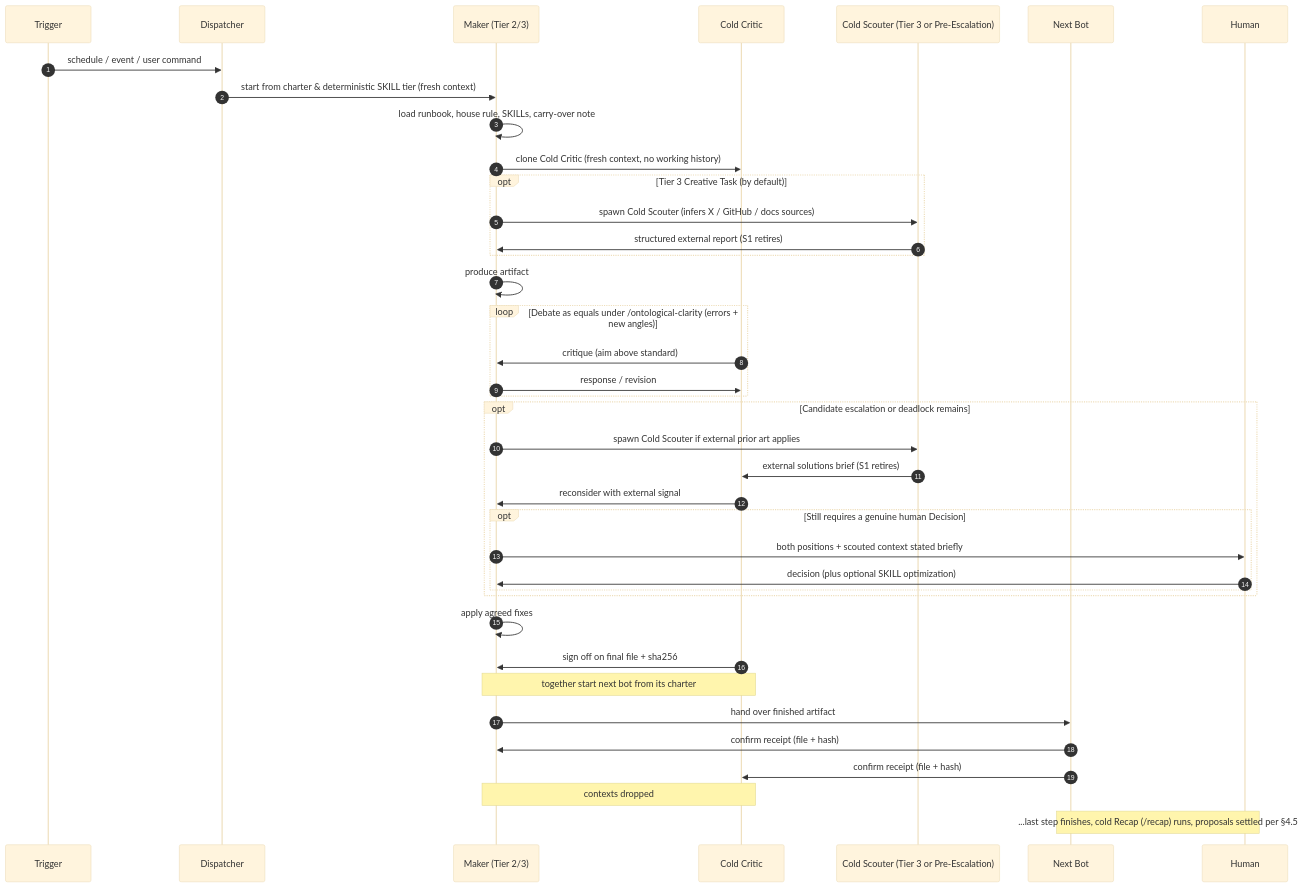
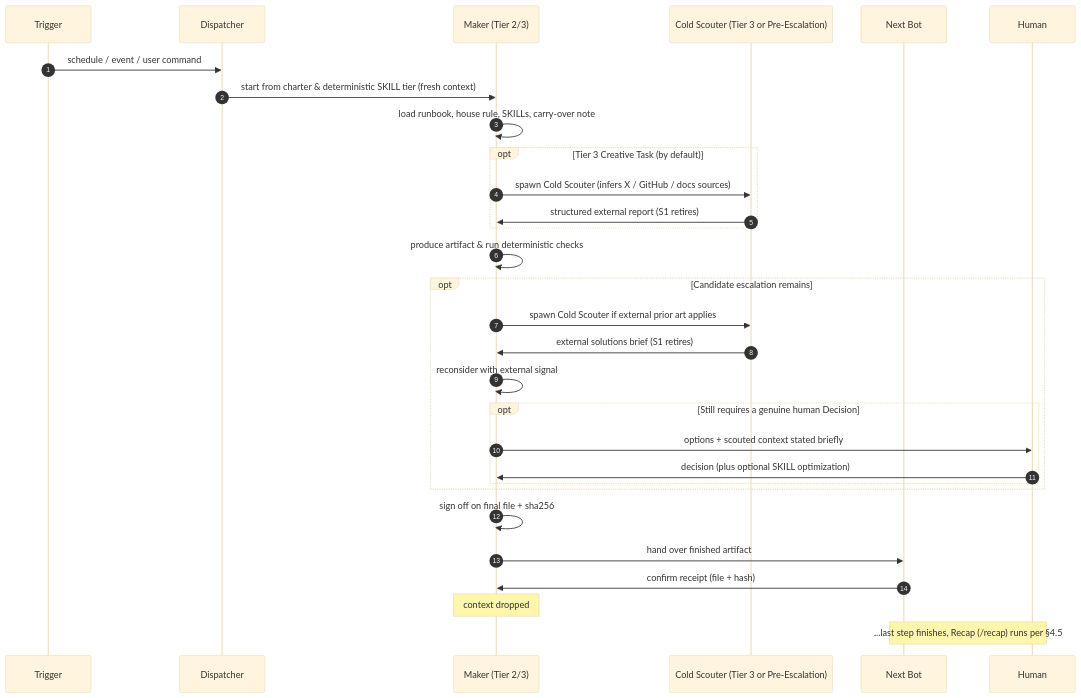
One commit to powerpig99/not-a-toe changed the third of 3 diagrams in docs/wave-refinement-plan.md. Above: the diagram before and after it, drawn with Mermaid (base theme). The commit also changed other lines of this file and 15 other files, not shown here.

Commit message:
Drop cold critics from workflow; run Maker-only pipeline with deterministic gates

````diff
--- a/docs/wave-refinement-plan.md
+++ b/docs/wave-refinement-plan.md
@@ -475,42 +429,33 @@
 ```mermaid
 sequenceDiagram
     autonumber
     participant T as Trigger
     participant D as Dispatcher
     participant M1 as Maker (Tier 2/3)
-    participant C1 as Cold Critic
     participant S1 as Cold Scouter (Tier 3 or Pre-Escalation)
     participant M2 as Next Bot
     participant H as Human
 
     T->>D: schedule / event / user command
     D->>M1: start from charter & deterministic SKILL tier (fresh context)
     M1->>M1: load runbook, house rule, SKILLs, carry-over note
-    M1->>C1: clone Cold Critic (fresh context, no working history)
     opt Tier 3 Creative Task (by default)
         M1->>S1: spawn Cold Scouter (infers X / GitHub / docs sources)
         S1->>M1: structured external report (S1 retires)
     end
-    M1->>M1: produce artifact
-    loop Debate as equals under /ontological-clarity (errors + new angles)
-        C1->>M1: critique (aim above standard)
-        M1->>C1: response / revision
-    end
-    opt Candidate escalation or deadlock remains
+    M1->>M1: produce artifact & run deterministic checks
+    opt Candidate escalation remains
         M1->>S1: spawn Cold Scouter if external prior art applies
-        S1->>C1: external solutions brief (S1 retires)
-        C1->>M1: reconsider with external signal
+        S1->>M1: external solutions brief (S1 retires)
+        M1->>M1: reconsider with external signal
         opt Still requires a genuine human Decision
-            M1->>H: both positions + scouted context stated briefly
+            M1->>H: options + scouted context stated briefly
             H->>M1: decision (plus optional SKILL optimization)
         end
     end
-    M1->>M1: apply agreed fixes
-    C1->>M1: sign off on final file + sha256
-    Note over M1,C1: together start next bot from its charter
+    M1->>M1: sign off on final file + sha256
     M1->>M2: hand over finished artifact
     M2->>M1: confirm receipt (file + hash)
-    M2->>C1: confirm receipt (file + hash)
-    Note over M1,C1: contexts dropped
-    Note over M2,H: ...last step finishes, cold Recap (/recap) runs, proposals settled per §4.5
+    Note over M1: context dropped
+    Note over M2,H: ...last step finishes, Recap (/recap) runs per §4.5
 ```
````
